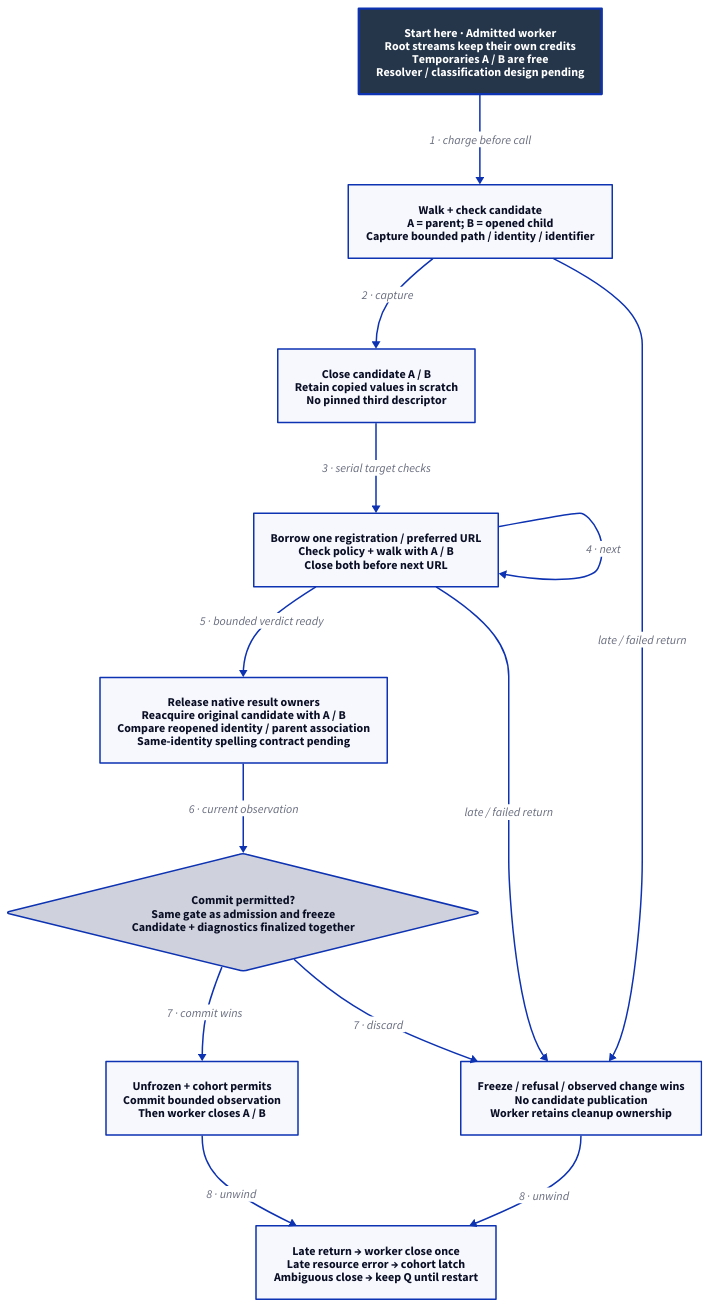
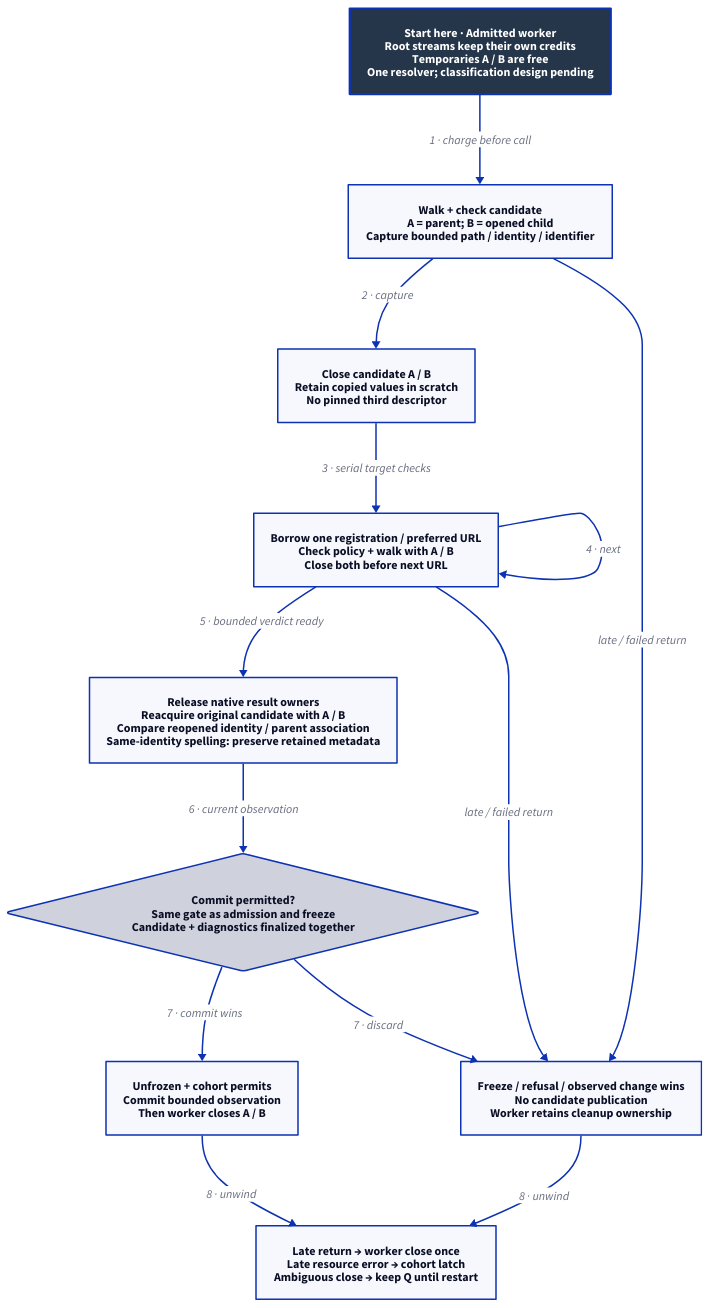
Before and after one commit to Linkuistics/Koine: the diagram in docs/design/architecture/search-inspection.d2, drawn with D2. The commit also changed 30 other files, not shown here.

```diff
--- a/docs/design/architecture/search-inspection.d2
+++ b/docs/design/architecture/search-inspection.d2
@@ -1,26 +1,26 @@
 # Phase flow, not an atomic snapshot or model-checked state machine.
 direction: down
 classes: {
   start: {style: {fill: "#25364B"; font-color: "#FFFFFF"; bold: true; stroke-width: 3}}
 }
-Start: "Start here · Admitted worker\nRoot streams keep their own credits\nTemporaries A / B are free\nResolver / classification design pending" {class: start}
+Start: "Start here · Admitted worker\nRoot streams keep their own credits\nTemporaries A / B are free\nOne resolver; classification design pending" {class: start}
 Candidate: "Walk + check candidate\nA = parent; B = opened child\nCapture bounded path / identity / identifier"
 Release: "Close candidate A / B\nRetain copied values in scratch\nNo pinned third descriptor"
 Targets: "Borrow one registration / preferred URL\nCheck policy + walk with A / B\nClose both before next URL"
-Recheck: "Release native result owners\nReacquire original candidate with A / B\nCompare reopened identity / parent association\nSame-identity spelling contract pending"
+Recheck: "Release native result owners\nReacquire original candidate with A / B\nCompare reopened identity / parent association\nSame-identity spelling: preserve retained metadata"
 Gate: "Commit permitted?\nSame gate as admission and freeze\nCandidate + diagnostics finalized together" {shape: diamond}
 Commit: "Unfrozen + cohort permits\nCommit bounded observation\nThen worker closes A / B"
 Discard: "Freeze / refusal / observed change wins\nNo candidate publication\nWorker retains cleanup ownership"
 Cleanup: "Late return → worker close once\nLate resource error → cohort latch\nAmbiguous close → keep Q until restart"
 Start -> Candidate: "1 · charge before call"
 Candidate -> Release: "2 · capture"
 Release -> Targets: "3 · serial target checks"
 Targets -> Targets: "4 · next"
 Targets -> Recheck: "5 · bounded verdict ready"
 Recheck -> Gate: "6 · current observation"
 Gate -> Commit: "7 · commit wins"
 Gate -> Discard: "7 · discard"
 Candidate -> Discard: "late / failed return"
 Targets -> Discard: "late / failed return"
 Commit -> Cleanup: "8 · unwind"
 Discard -> Cleanup: "8 · unwind"
```
